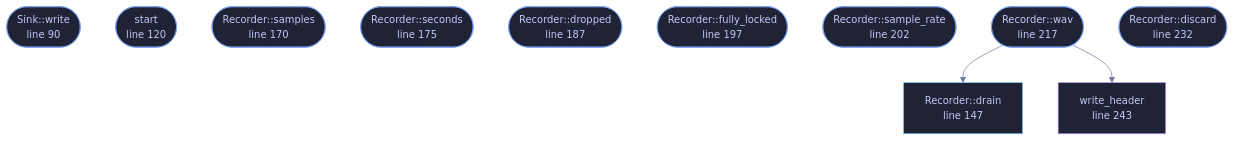
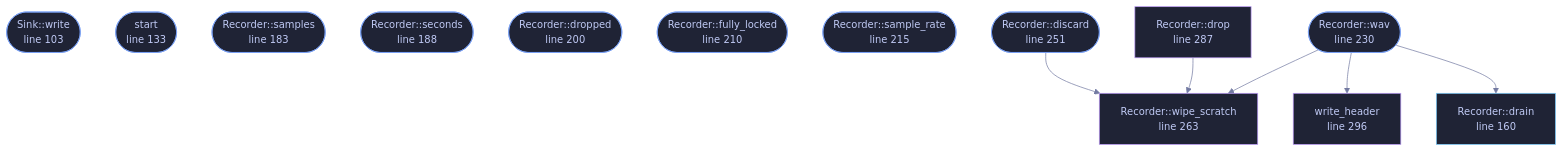
The diagram in docs/files/veilvoice-audio/record.md (tilas01/veilvoice), drawn with Mermaid before and after one commit. The commit also changed other lines of this file and 46 other files, not shown here.

````diff
--- a/docs/files/veilvoice-audio/record.md
+++ b/docs/files/veilvoice-audio/record.md
@@ -118,34 +119,41 @@
 ```mermaid
 %%{init: {"theme":"base","themeVariables":{"background":"#1a1b26","primaryColor":"#1f2335","primaryTextColor":"#c0caf5","primaryBorderColor":"#7aa2f7","secondaryColor":"#16161e","tertiaryColor":"#16161e","lineColor":"#737aa2","textColor":"#c0caf5","mainBkg":"#1f2335","nodeBorder":"#7aa2f7","clusterBkg":"#16161e","clusterBorder":"#2f3549","fontFamily":"ui-monospace, SFMono-Regular, Consolas, monospace","fontSize":"14px"}}}%%
 flowchart TD
-    n_write(["Sink::write<br/>line 90"])
-    n_start(["start<br/>line 120"])
-    n_drain["Recorder::drain<br/>line 147"]
-    n_samples(["Recorder::samples<br/>line 170"])
-    n_seconds(["Recorder::seconds<br/>line 175"])
-    n_dropped(["Recorder::dropped<br/>line 187"])
-    n_fully_locked(["Recorder::fully_locked<br/>line 197"])
-    n_sample_rate(["Recorder::sample_rate<br/>line 202"])
-    n_wav(["Recorder::wav<br/>line 217"])
-    n_discard(["Recorder::discard<br/>line 232"])
-    n_write_header["write_header<br/>line 243"]
+    n_write(["Sink::write<br/>line 103"])
+    n_start(["start<br/>line 133"])
+    n_drain["Recorder::drain<br/>line 160"]
+    n_samples(["Recorder::samples<br/>line 183"])
+    n_seconds(["Recorder::seconds<br/>line 188"])
+    n_dropped(["Recorder::dropped<br/>line 200"])
+    n_fully_locked(["Recorder::fully_locked<br/>line 210"])
+    n_sample_rate(["Recorder::sample_rate<br/>line 215"])
+    n_wav(["Recorder::wav<br/>line 230"])
+    n_discard(["Recorder::discard<br/>line 251"])
+    n_wipe_scratch["Recorder::wipe_scratch<br/>line 263"]
+    n_drop["Recorder::drop<br/>line 287"]
+    n_write_header["write_header<br/>line 296"]
+    n_discard --> n_wipe_scratch
+    n_drop --> n_wipe_scratch
     n_wav --> n_drain
+    n_wav --> n_wipe_scratch
     n_wav --> n_write_header
-    click n_write href "https://github.com/tilas01/veilvoice/blob/main/crates/veilvoice-audio/src/record.rs#L90" "open the source"
-    click n_start href "https://github.com/tilas01/veilvoice/blob/main/crates/veilvoice-audio/src/record.rs#L120" "open the source"
-    click n_drain href "https://github.com/tilas01/veilvoice/blob/main/crates/veilvoice-audio/src/record.rs#L147" "open the source"
-    click n_samples href "https://github.com/tilas01/veilvoice/blob/main/crates/veilvoice-audio/src/record.rs#L170" "open the source"
-    click n_seconds href "https://github.com/tilas01/veilvoice/blob/main/crates/veilvoice-audio/src/record.rs#L175" "open the source"
-    click n_dropped href "https://github.com/tilas01/veilvoice/blob/main/crates/veilvoice-audio/src/record.rs#L187" "open the source"
-    click n_fully_locked href "https://github.com/tilas01/veilvoice/blob/main/crates/veilvoice-audio/src/record.rs#L197" "open the source"
-    click n_sample_rate href "https://github.com/tilas01/veilvoice/blob/main/crates/veilvoice-audio/src/record.rs#L202" "open the source"
-    click n_wav href "https://github.com/tilas01/veilvoice/blob/main/crates/veilvoice-audio/src/record.rs#L217" "open the source"
-    click n_discard href "https://github.com/tilas01/veilvoice/blob/main/crates/veilvoice-audio/src/record.rs#L232" "open the source"
-    click n_write_header href "https://github.com/tilas01/veilvoice/blob/main/crates/veilvoice-audio/src/record.rs#L243" "open the source"
+    click n_write href "https://github.com/tilas01/veilvoice/blob/main/crates/veilvoice-audio/src/record.rs#L103" "open the source"
+    click n_start href "https://github.com/tilas01/veilvoice/blob/main/crates/veilvoice-audio/src/record.rs#L133" "open the source"
+    click n_drain href "https://github.com/tilas01/veilvoice/blob/main/crates/veilvoice-audio/src/record.rs#L160" "open the source"
+    click n_samples href "https://github.com/tilas01/veilvoice/blob/main/crates/veilvoice-audio/src/record.rs#L183" "open the source"
+    click n_seconds href "https://github.com/tilas01/veilvoice/blob/main/crates/veilvoice-audio/src/record.rs#L188" "open the source"
+    click n_dropped href "https://github.com/tilas01/veilvoice/blob/main/crates/veilvoice-audio/src/record.rs#L200" "open the source"
+    click n_fully_locked href "https://github.com/tilas01/veilvoice/blob/main/crates/veilvoice-audio/src/record.rs#L210" "open the source"
+    click n_sample_rate href "https://github.com/tilas01/veilvoice/blob/main/crates/veilvoice-audio/src/record.rs#L215" "open the source"
+    click n_wav href "https://github.com/tilas01/veilvoice/blob/main/crates/veilvoice-audio/src/record.rs#L230" "open the source"
+    click n_discard href "https://github.com/tilas01/veilvoice/blob/main/crates/veilvoice-audio/src/record.rs#L251" "open the source"
+    click n_wipe_scratch href "https://github.com/tilas01/veilvoice/blob/main/crates/veilvoice-audio/src/record.rs#L263" "open the source"
+    click n_drop href "https://github.com/tilas01/veilvoice/blob/main/crates/veilvoice-audio/src/record.rs#L287" "open the source"
+    click n_write_header href "https://github.com/tilas01/veilvoice/blob/main/crates/veilvoice-audio/src/record.rs#L296" "open the source"
     classDef entry fill:#1f2335,stroke:#7aa2f7,color:#c0caf5
     class n_write,n_start,n_samples,n_seconds,n_dropped,n_fully_locked,n_sample_rate,n_wav,n_discard entry
     classDef api fill:#1f2335,stroke:#7dcfff,color:#c0caf5
     class n_drain api
     classDef helper fill:#1f2335,stroke:#bb9af7,color:#c0caf5
-    class n_write_header helper
+    class n_wipe_scratch,n_drop,n_write_header helper
 ```
````
